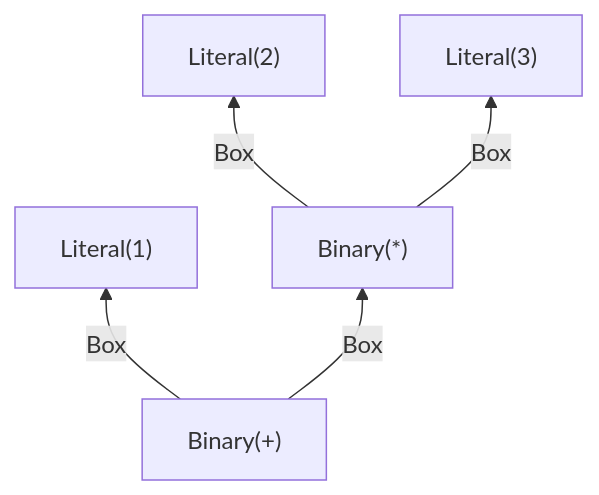
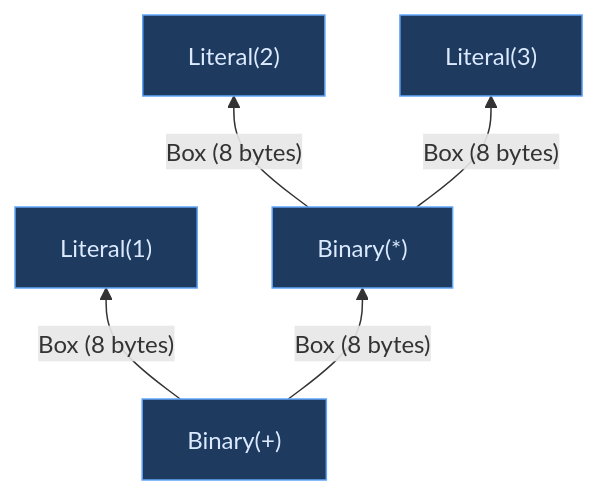
Before and after one commit to upstat-io/ori-lang: the second of 2 diagrams in docs/compiler/design/02-intermediate-representation/flat-ast.md, drawn with Mermaid. The commit also changed other lines of this file and 152 other files, not shown here.

````diff
--- a/docs/compiler/design/02-intermediate-representation/flat-ast.md
+++ b/docs/compiler/design/02-intermediate-representation/flat-ast.md
@@ -223,13 +220,16 @@
 ```mermaid
 flowchart BT
     lit1["Literal(1)"]
     lit2["Literal(2)"]
     lit3["Literal(3)"]
     mul["Binary(*)"]
     add["Binary(+)"]
 
-    mul -- "Box" --> lit2
-    mul -- "Box" --> lit3
-    add -- "Box" --> lit1
-    add -- "Box" --> mul
+    mul -- "Box (8 bytes)" --> lit2
+    mul -- "Box (8 bytes)" --> lit3
+    add -- "Box (8 bytes)" --> lit1
+    add -- "Box (8 bytes)" --> mul
+
+    classDef frontend fill:#1e3a5f,stroke:#60a5fa,color:#dbeafe
+    class lit1,lit2,lit3,mul,add frontend
 ```
````
